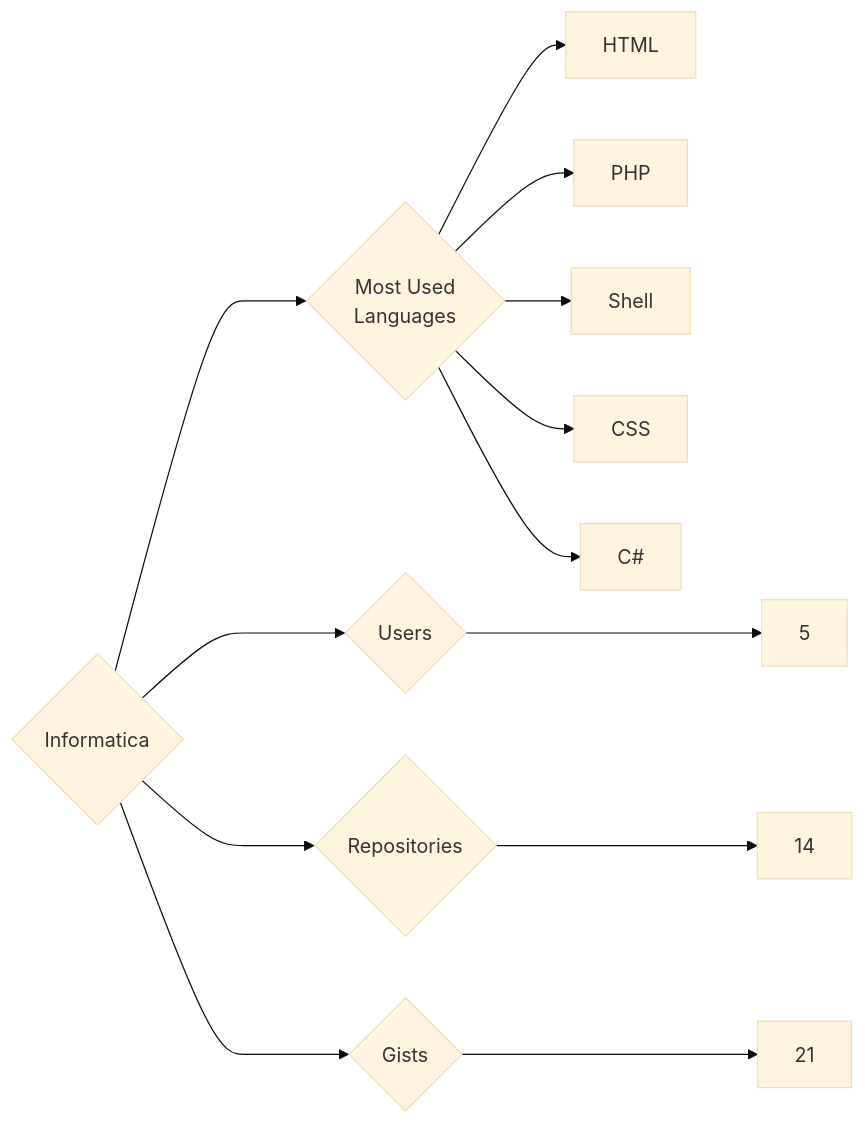
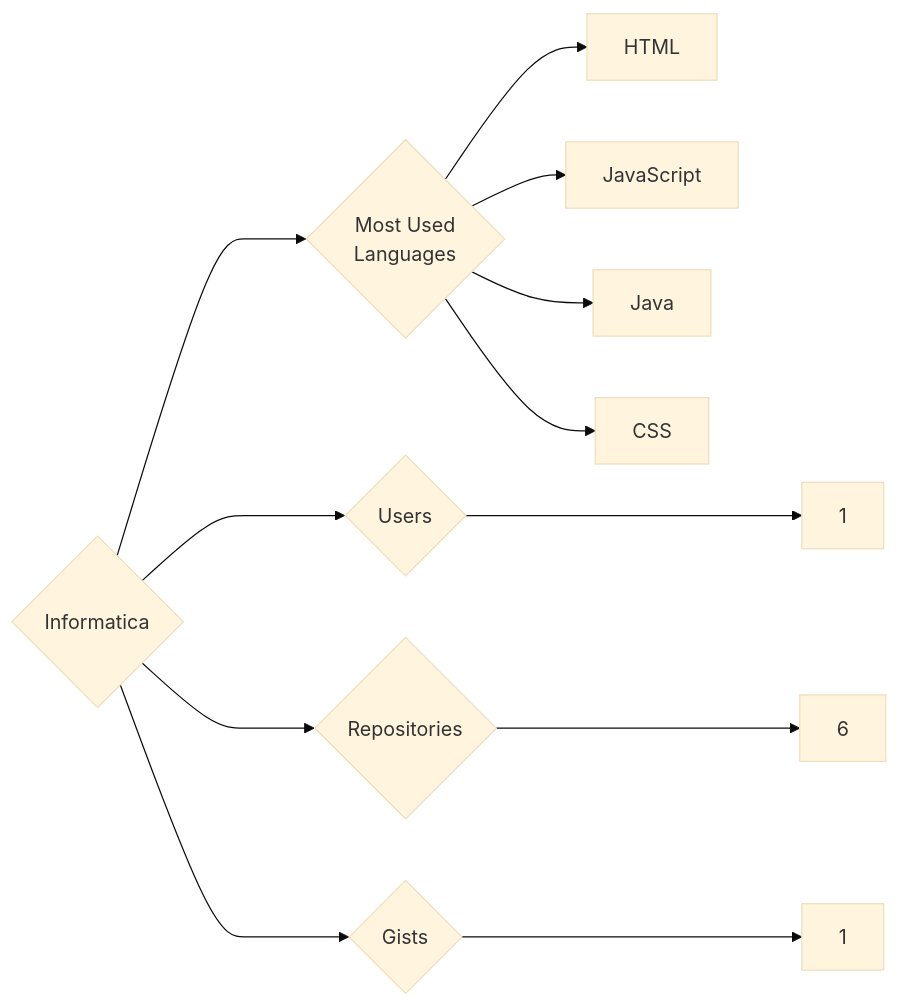
The diagram in targets/Informatica/README.md (trickest/insiders), drawn with Mermaid (base theme) before and after one commit. The commit also changed 594 other files, not shown here.

````diff
--- a/targets/Informatica/README.md
+++ b/targets/Informatica/README.md
@@ -3,13 +3,12 @@
 ```mermaid
 graph LR
 COMPANY_NAME{Informatica}
-COMPANY_NAME ---> U{Users} ---> UN[5]
-COMPANY_NAME ---> R{Repositories} ---> RN[14]
-COMPANY_NAME ---> G{Gists} ---> GN[21]
+COMPANY_NAME ---> U{Users} ---> UN[1]
+COMPANY_NAME ---> R{Repositories} ---> RN[6]
+COMPANY_NAME ---> G{Gists} ---> GN[1]
 COMPANY_NAME ---> ML{Most Used<br>Languages}
 ML --> HTML[HTML]
-ML --> PHP[PHP]
-ML --> Shell[Shell]
+ML --> JavaScript[JavaScript]
+ML --> Java[Java]
 ML --> CSS[CSS]
-ML --> C#[C#]
 ```
````
